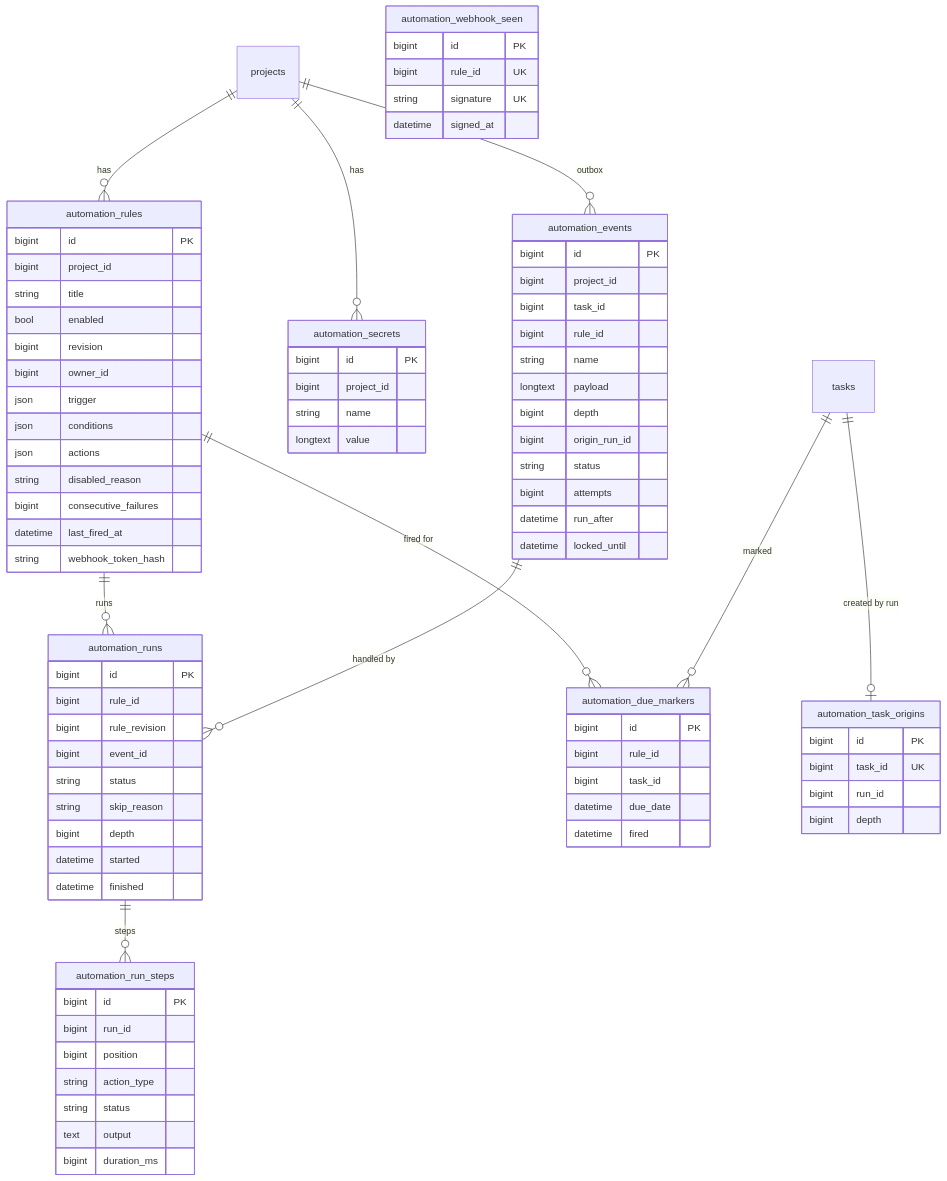
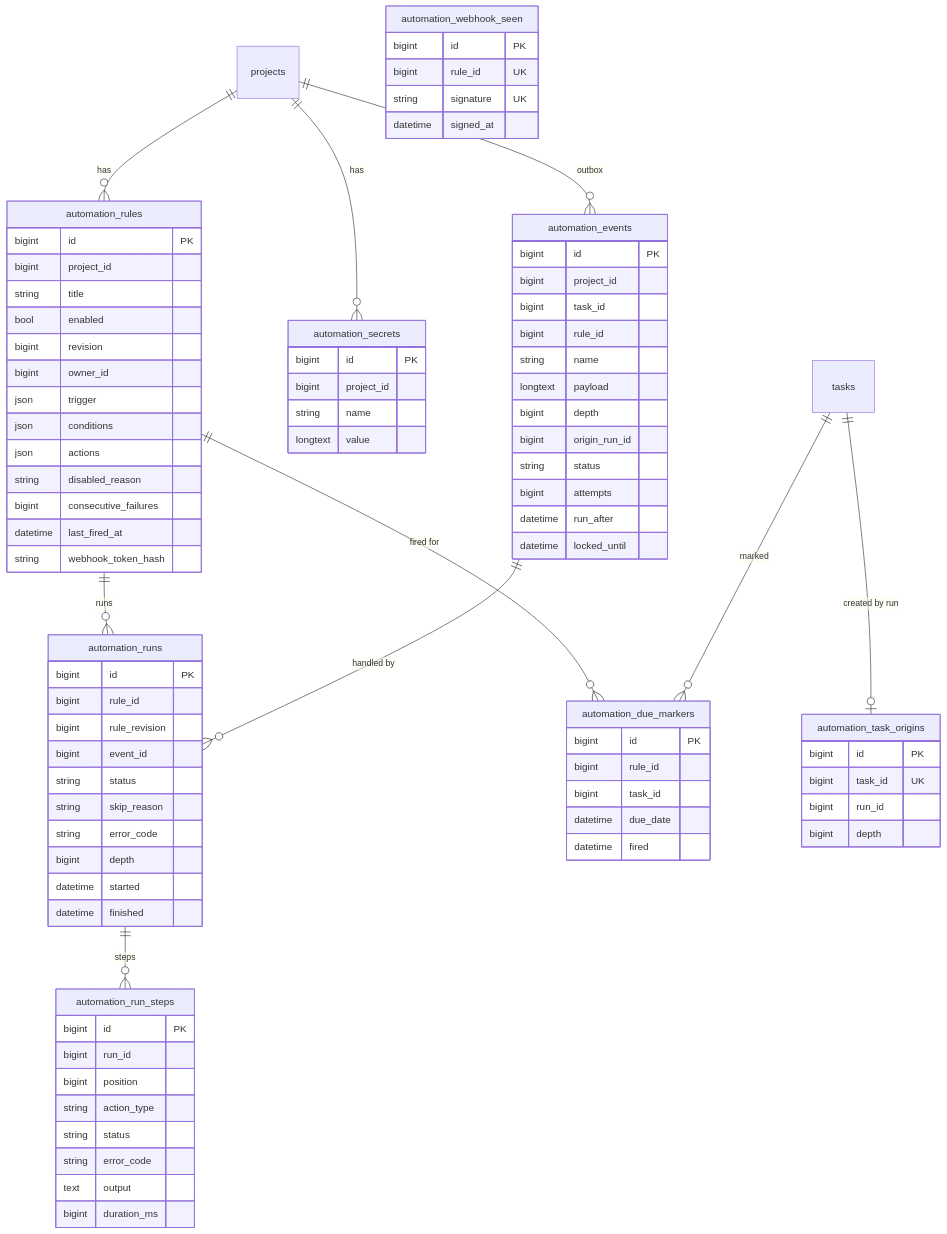
Before and after one commit to bahadirdogru/vikunja-enterprise: the diagram in docs/modules/automation.md, drawn with Mermaid. The commit also changed other lines of this file and 25 other files, not shown here.

```diff
--- a/docs/modules/automation.md
+++ b/docs/modules/automation.md
@@ -314,6 +315,7 @@
         bigint event_id
         string status
         string skip_reason
+        string error_code
         bigint depth
         datetime started
         datetime finished
@@ -324,6 +326,7 @@
         bigint position
         string action_type
         string status
+        string error_code
         text output
         bigint duration_ms
     }
```
